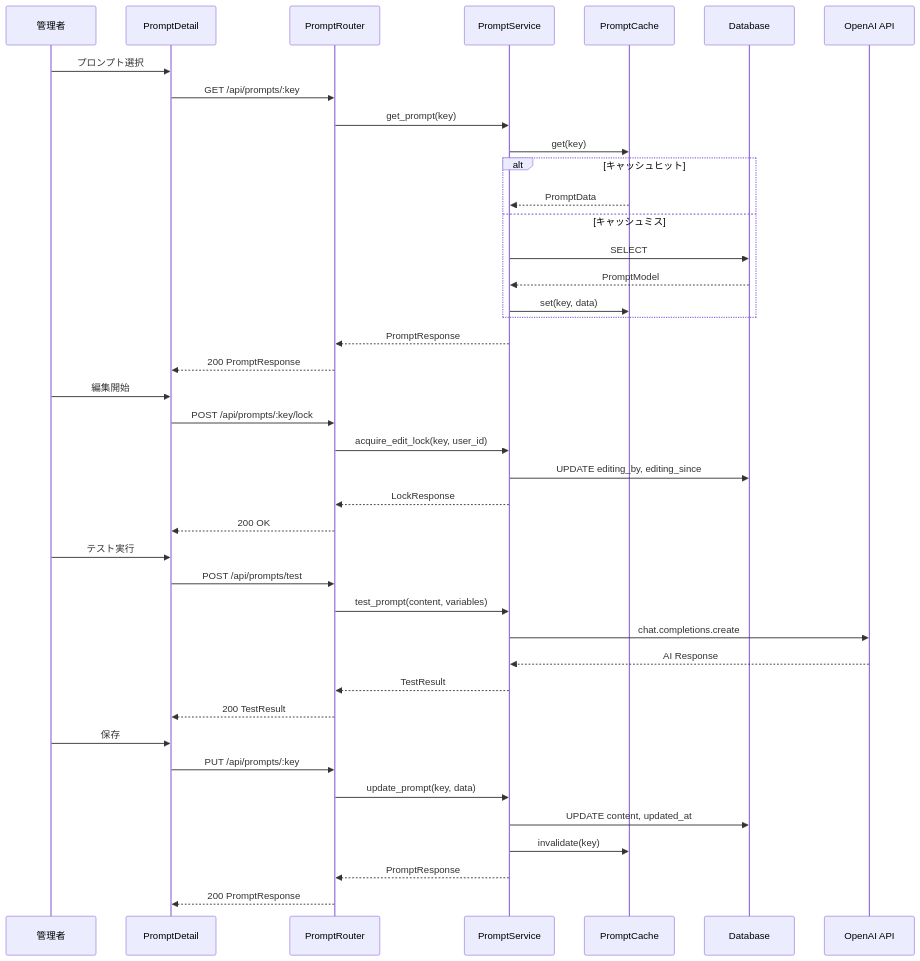
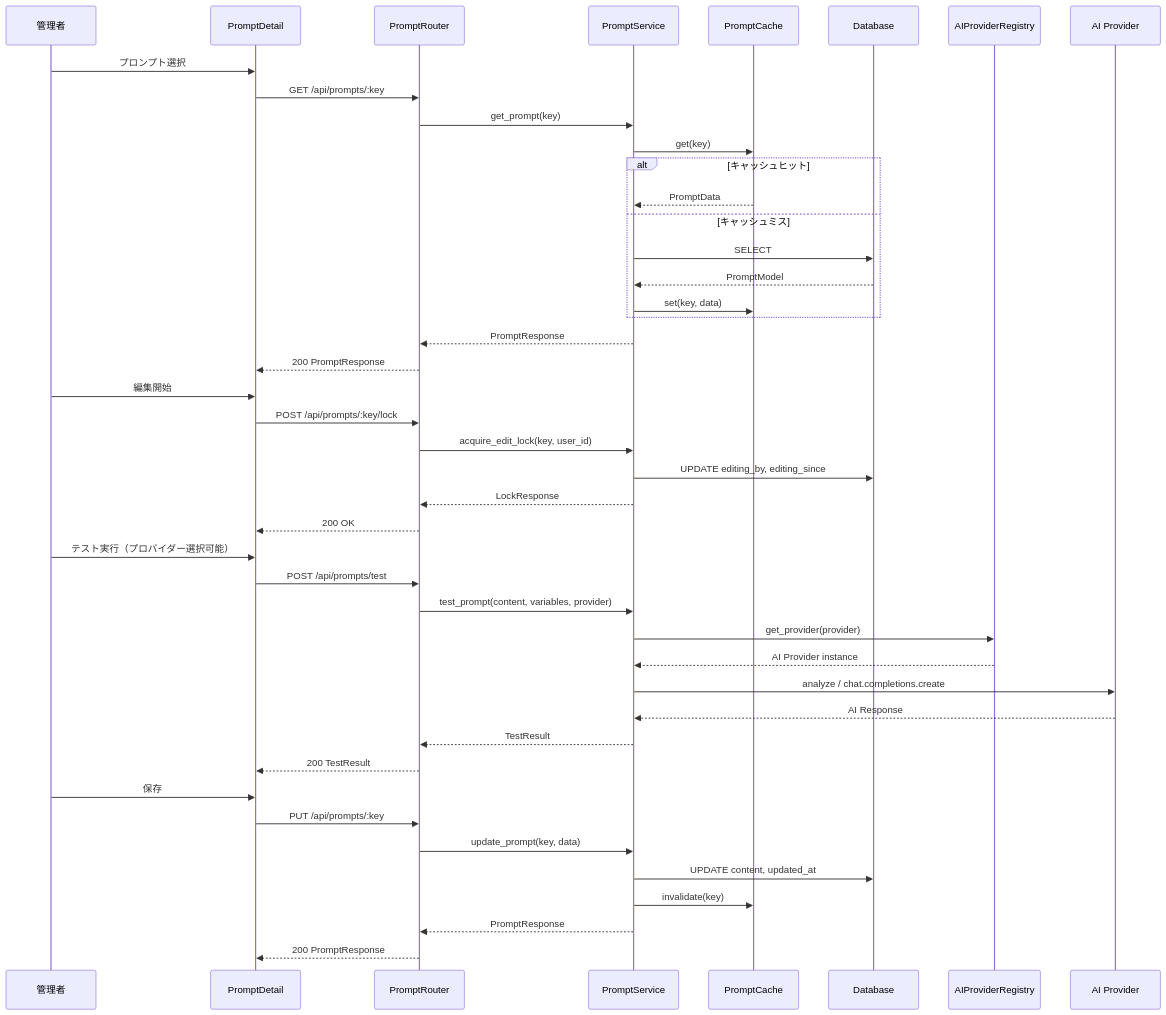
One commit to ohr486/ghost-squad changed the second of 4 diagrams in .kiro/specs/prompt-management/design.md. Above: the diagram before and after it, drawn with Mermaid. The commit also changed other lines of this file, not shown here.

````diff
--- a/.kiro/specs/prompt-management/design.md
+++ b/.kiro/specs/prompt-management/design.md
@@ -100,47 +100,50 @@
 ```mermaid
 sequenceDiagram
     participant Admin as 管理者
     participant UI as PromptDetail
     participant API as PromptRouter
     participant Svc as PromptService
     participant Cache as PromptCache
     participant DB as Database
-    participant AI as OpenAI API
+    participant AIReg as AIProviderRegistry
+    participant AI as AI Provider
 
     Admin->>UI: プロンプト選択
     UI->>API: GET /api/prompts/:key
     API->>Svc: get_prompt(key)
     Svc->>Cache: get(key)
     alt キャッシュヒット
         Cache-->>Svc: PromptData
     else キャッシュミス
         Svc->>DB: SELECT
         DB-->>Svc: PromptModel
         Svc->>Cache: set(key, data)
     end
     Svc-->>API: PromptResponse
     API-->>UI: 200 PromptResponse
 
     Admin->>UI: 編集開始
     UI->>API: POST /api/prompts/:key/lock
     API->>Svc: acquire_edit_lock(key, user_id)
     Svc->>DB: UPDATE editing_by, editing_since
     Svc-->>API: LockResponse
     API-->>UI: 200 OK
 
-    Admin->>UI: テスト実行
+    Admin->>UI: テスト実行（プロバイダー選択可能）
     UI->>API: POST /api/prompts/test
-    API->>Svc: test_prompt(content, variables)
-    Svc->>AI: chat.completions.create
+    API->>Svc: test_prompt(content, variables, provider)
+    Svc->>AIReg: get_provider(provider)
+    AIReg-->>Svc: AI Provider instance
+    Svc->>AI: analyze / chat.completions.create
     AI-->>Svc: AI Response
     Svc-->>API: TestResult
     API-->>UI: 200 TestResult
 
     Admin->>UI: 保存
     UI->>API: PUT /api/prompts/:key
     API->>Svc: update_prompt(key, data)
     Svc->>DB: UPDATE content, updated_at
     Svc->>Cache: invalidate(key)
     Svc-->>API: PromptResponse
     API-->>UI: 200 PromptResponse
 ```
````
